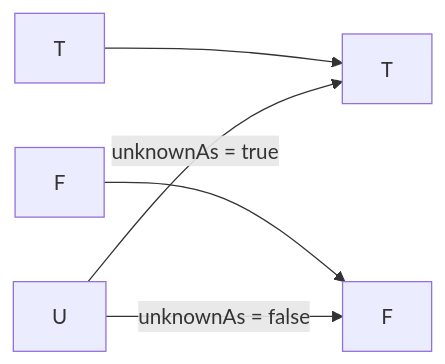
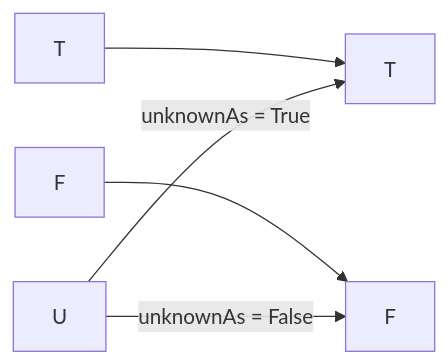
One commit to rheone/TruthWeaver changed the diagram in docs/strong-k3/result-transformations/project.md. Above: the diagram before and after it, drawn with Mermaid. The commit also changed other lines of this file and 822 other files, not shown here.

````diff
--- a/docs/strong-k3/result-transformations/project.md
+++ b/docs/strong-k3/result-transformations/project.md
@@ -101,7 +101,7 @@
 ```mermaid
 flowchart LR
     T["T"] --> PT["T"]
     F["F"] --> PF["F"]
-    U["U"] -->|"unknownAs = true"| PT
-    U -->|"unknownAs = false"| PF
+    U["U"] -->|"unknownAs = True"| PT
+    U -->|"unknownAs = False"| PF
 ```
````
